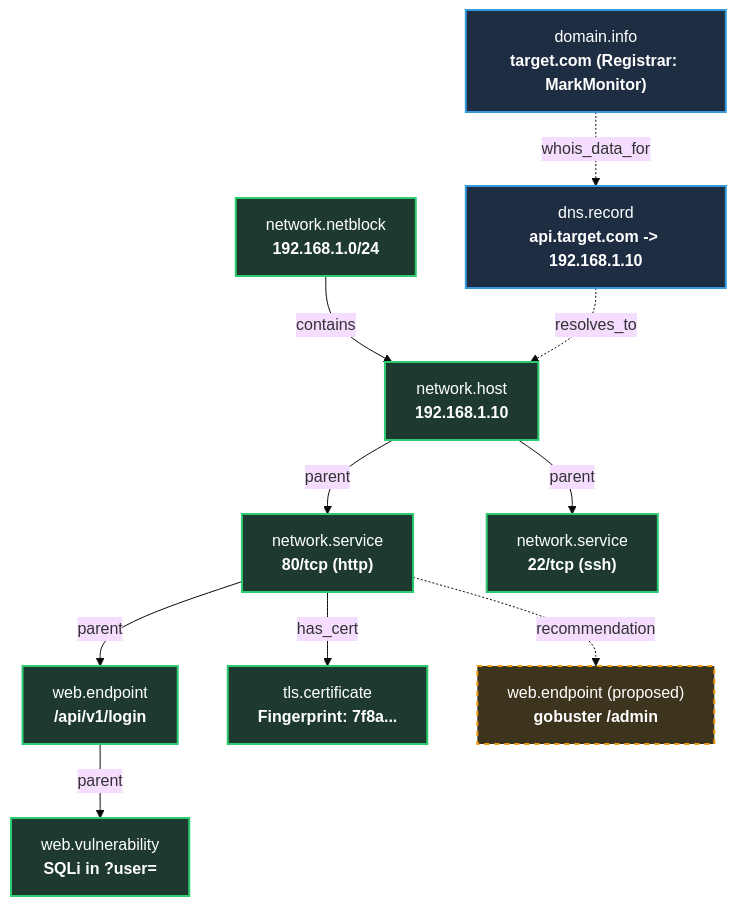
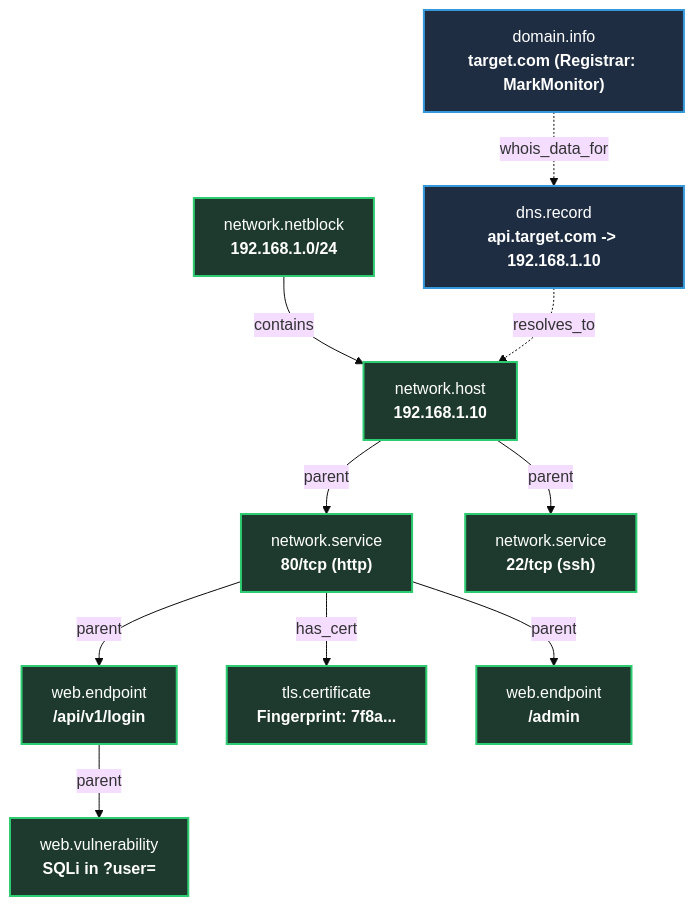
Before and after one commit to h45sh/cyguide: the second of 3 diagrams in docs/developer/DATABASE.md, drawn with Mermaid (base theme). The commit also changed other lines of this file and 5 other files, not shown here.

````diff
--- a/docs/developer/DATABASE.md
+++ b/docs/developer/DATABASE.md
@@ -327,27 +327,27 @@
 ```mermaid
 graph TD
     classDef confirmed fill:#1e3a2f,stroke:#2ecc71,stroke-width:2px,color:#fff;
     classDef proposed fill:#3d341e,stroke:#f39c12,stroke-width:2px,stroke-dasharray: 5 5,color:#fff;
     classDef assoc fill:#1e2d42,stroke:#3498db,stroke-width:2px,color:#fff;
 
     NB["network.netblock<br><b>192.168.1.0/24</b>"]:::confirmed
     H["network.host<br><b>192.168.1.10</b>"]:::confirmed
     S80["network.service<br><b>80/tcp (http)</b>"]:::confirmed
     S22["network.service<br><b>22/tcp (ssh)</b>"]:::confirmed
     EP["web.endpoint<br><b>/api/v1/login</b>"]:::confirmed
     VULN["web.vulnerability<br><b>SQLi in ?user=</b>"]:::confirmed
     TLS["tls.certificate<br><b>Fingerprint: 7f8a...</b>"]:::confirmed
     DNS["dns.record<br><b>api.target.com -> 192.168.1.10</b>"]:::assoc
     WHOIS["domain.info<br><b>target.com (Registrar: MarkMonitor)</b>"]:::assoc
-    REC["web.endpoint (proposed)<br><b>gobuster /admin</b>"]:::proposed
+    EP2["web.endpoint<br><b>/admin</b>"]:::confirmed
 
     NB -->|contains| H
     H -->|parent| S80
     H -->|parent| S22
     S80 -->|parent| EP
+    S80 -->|parent| EP2
     EP -->|parent| VULN
     S80 -->|has_cert| TLS
     DNS -.->|resolves_to| H
     WHOIS -.->|whois_data_for| DNS
-    S80 -.->|recommendation| REC
 ```
````
